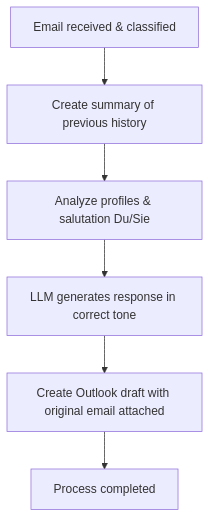
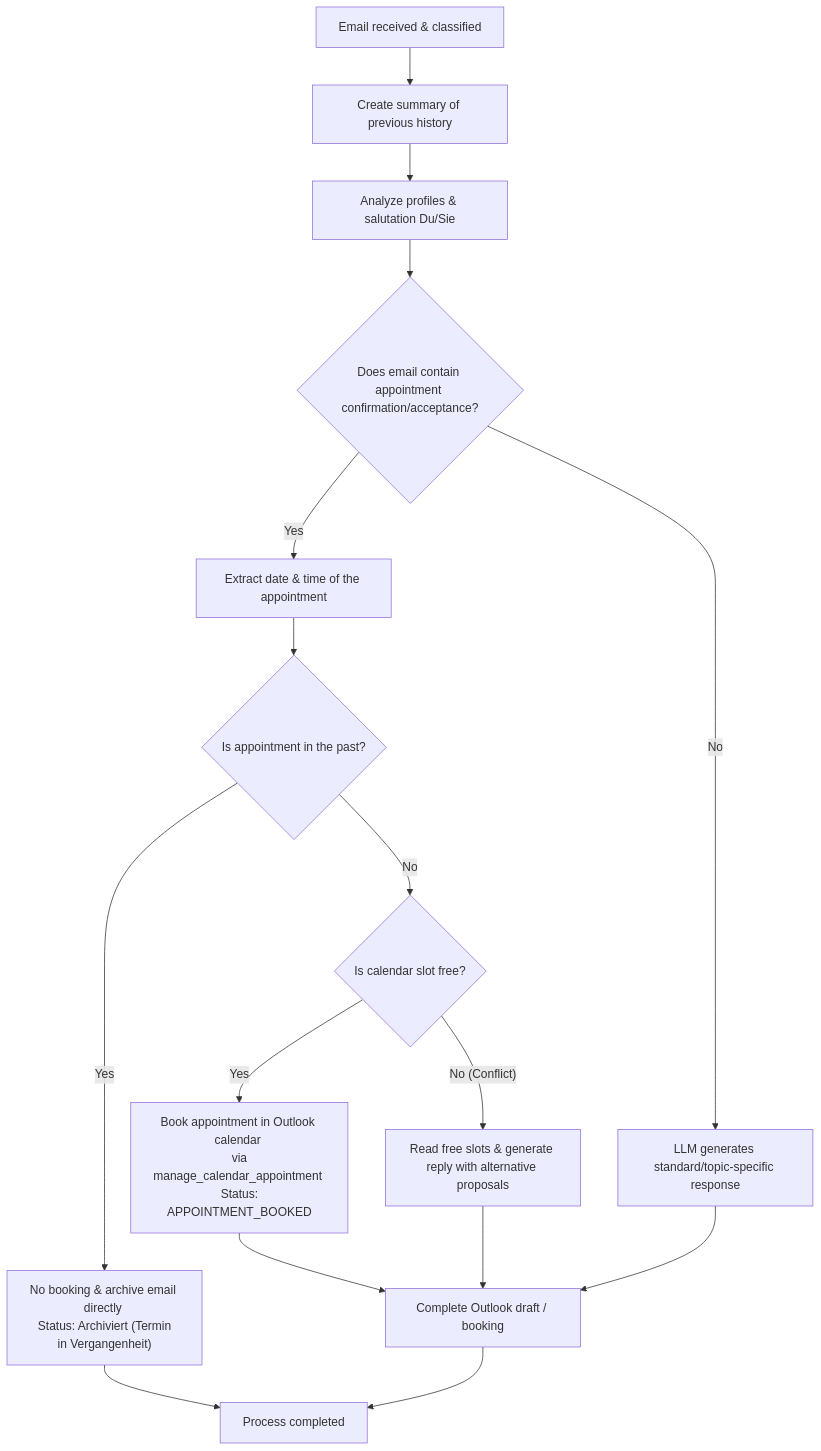
One commit to dgaida/academic-memory-mcp changed the diagram in docs/en/usage/actions/action-1-antwort-schreiben.md. Above: the diagram before and after it, drawn with Mermaid. The commit also changed other lines of this file and 6 other files, not shown here.

````diff
--- a/docs/en/usage/actions/action-1-antwort-schreiben.md
+++ b/docs/en/usage/actions/action-1-antwort-schreiben.md
@@ -19,8 +40,21 @@
 ```mermaid
 graph TD
     A[Email received & classified] --> B[Create summary of previous history]
     B --> C[Analyze profiles & salutation Du/Sie]
-    C --> D[LLM generates response in correct tone]
-    D --> E[Create Outlook draft with original email attached]
-    E --> F[Process completed]
+    C --> D{Does email contain appointment confirmation/acceptance?}
+
+    D -- Yes --> E[Extract date & time of the appointment]
+    E --> F{Is appointment in the past?}
+    F -- Yes --> G["No booking & archive email directly <br> Status: Archiviert (Termin in Vergangenheit)"]
+    F -- No --> H{Is calendar slot free?}
+    H -- Yes --> I["Book appointment in Outlook calendar <br> via manage_calendar_appointment <br> Status: APPOINTMENT_BOOKED"]
+    H -- No (Conflict) --> J[Read free slots & generate reply with alternative proposals]
+
+    D -- No --> K[LLM generates standard/topic-specific response]
+
+    I --> L[Complete Outlook draft / booking]
+    J --> L
+    K --> L
+    G --> M[Process completed]
+    L --> M
 ```
````
